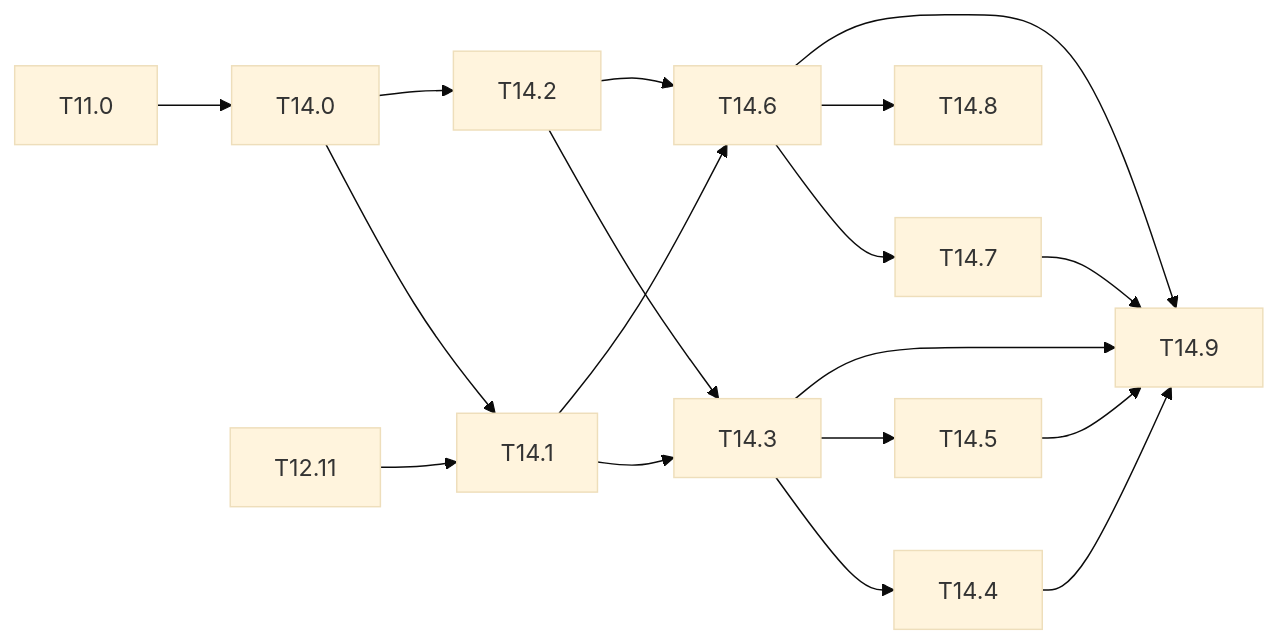
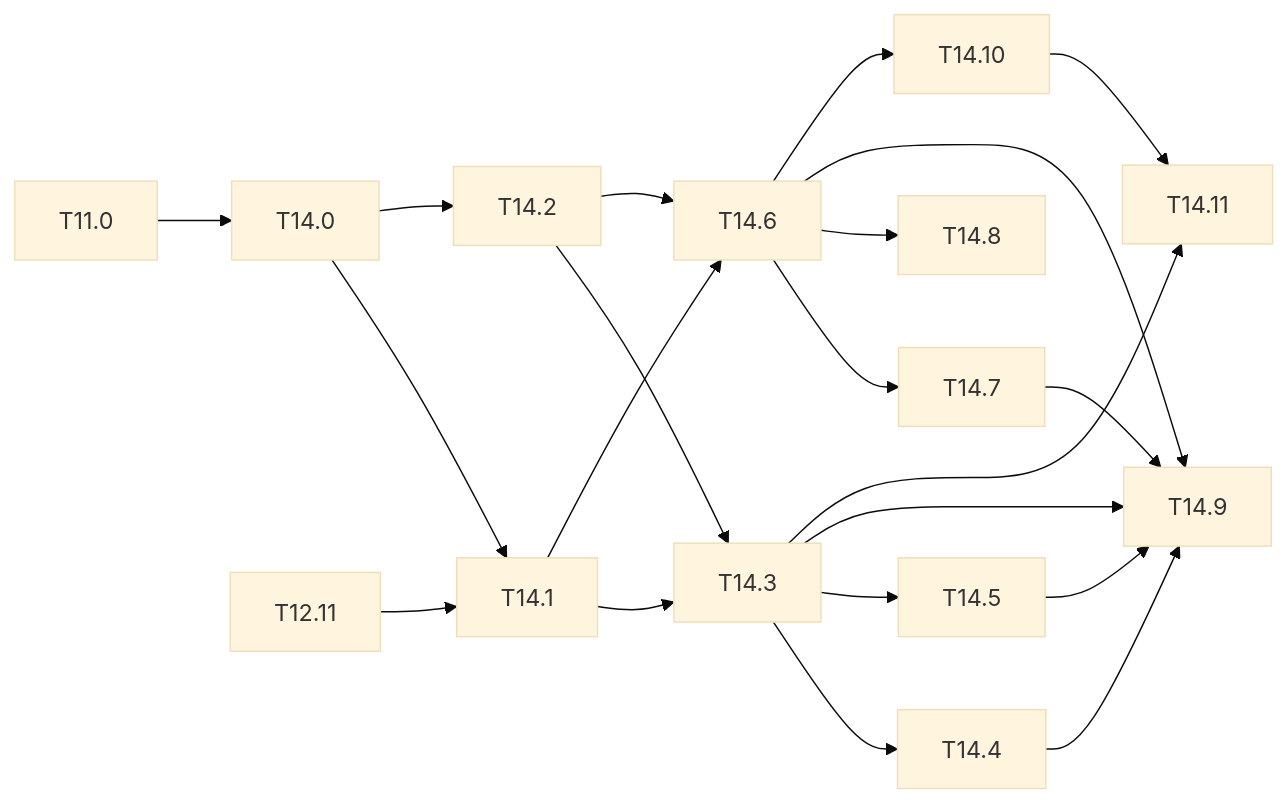
The diagram in docs/tasks/M14-notebooks.md (lrivals/EmbeddedComputervision), drawn with Mermaid (base theme) before and after one commit. The commit also changed other lines of this file and 18 other files, not shown here.

````diff
--- a/docs/tasks/M14-notebooks.md
+++ b/docs/tasks/M14-notebooks.md
@@ -389,11 +446,13 @@
 ```mermaid
 graph LR
   T110[T11.0] --> T140[T14.0]
   T140 --> T141[T14.1] & T142[T14.2]
   T1211[T12.11] --> T141
   T141 & T142 --> T143[T14.3]
   T143 --> T144[T14.4] & T145[T14.5]
   T141 & T142 --> T146[T14.6]
   T146 --> T147[T14.7] & T148[T14.8]
   T143 & T144 & T145 & T146 & T147 --> T149[T14.9]
+  T146 --> T1410[T14.10]
+  T143 & T1410 --> T1411[T14.11]
 ```
````
